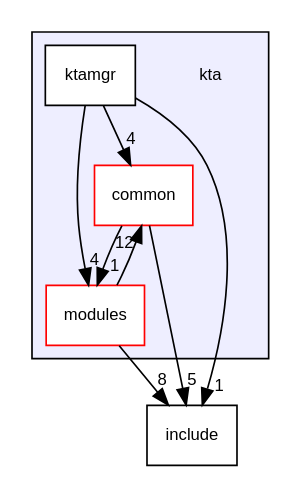
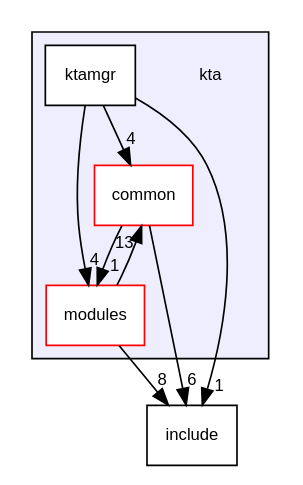
The diagram in docs/kta/doc/dir_5eff6672d80e7540a37431ed7424ce57_dep.dot (Kudelski-IoT/keySTREAM_provisioning), drawn with Graphviz before and after one commit. The commit also changed 155 other files, not shown here.

```diff
--- a/docs/kta/doc/dir_5eff6672d80e7540a37431ed7424ce57_dep.dot
+++ b/docs/kta/doc/dir_5eff6672d80e7540a37431ed7424ce57_dep.dot
@@ -1,20 +1,20 @@
 digraph "kta" {
   compound=true
   node [ fontsize="10", fontname="Helvetica"];
   edge [ labelfontsize="10", labelfontname="Helvetica"];
   subgraph clusterdir_5eff6672d80e7540a37431ed7424ce57 {
     graph [ bgcolor="#eeeeff", pencolor="black", label="" URL="dir_5eff6672d80e7540a37431ed7424ce57.html"];
     dir_5eff6672d80e7540a37431ed7424ce57 [shape=plaintext label="kta"];
     dir_a4dd272aad19606621d5cdd3bcc68a0e [shape=box label="common" color="red" fillcolor="white" style="filled" URL="dir_a4dd272aad19606621d5cdd3bcc68a0e.html"];
     dir_04490a901f5653f6dc9468f38ceea5c0 [shape=box label="ktamgr" color="black" fillcolor="white" style="filled" URL="dir_04490a901f5653f6dc9468f38ceea5c0.html"];
     dir_7e2560d9caf2b698f36b0974bab08bcc [shape=box label="modules" color="red" fillcolor="white" style="filled" URL="dir_7e2560d9caf2b698f36b0974bab08bcc.html"];
   }
   dir_d44c64559bbebec7f509842c48db8b23 [shape=box label="include" URL="dir_d44c64559bbebec7f509842c48db8b23.html"];
   dir_04490a901f5653f6dc9468f38ceea5c0->dir_a4dd272aad19606621d5cdd3bcc68a0e [headlabel="4", labeldistance=1.5 headhref="dir_000020_000008.html"];
   dir_04490a901f5653f6dc9468f38ceea5c0->dir_d44c64559bbebec7f509842c48db8b23 [headlabel="1", labeldistance=1.5 headhref="dir_000020_000015.html"];
   dir_04490a901f5653f6dc9468f38ceea5c0->dir_7e2560d9caf2b698f36b0974bab08bcc [headlabel="4", labeldistance=1.5 headhref="dir_000020_000001.html"];
-  dir_a4dd272aad19606621d5cdd3bcc68a0e->dir_d44c64559bbebec7f509842c48db8b23 [headlabel="5", labeldistance=1.5 headhref="dir_000008_000015.html"];
+  dir_a4dd272aad19606621d5cdd3bcc68a0e->dir_d44c64559bbebec7f509842c48db8b23 [headlabel="6", labeldistance=1.5 headhref="dir_000008_000015.html"];
   dir_a4dd272aad19606621d5cdd3bcc68a0e->dir_7e2560d9caf2b698f36b0974bab08bcc [headlabel="1", labeldistance=1.5 headhref="dir_000008_000001.html"];
-  dir_7e2560d9caf2b698f36b0974bab08bcc->dir_a4dd272aad19606621d5cdd3bcc68a0e [headlabel="12", labeldistance=1.5 headhref="dir_000001_000008.html"];
+  dir_7e2560d9caf2b698f36b0974bab08bcc->dir_a4dd272aad19606621d5cdd3bcc68a0e [headlabel="13", labeldistance=1.5 headhref="dir_000001_000008.html"];
   dir_7e2560d9caf2b698f36b0974bab08bcc->dir_d44c64559bbebec7f509842c48db8b23 [headlabel="8", labeldistance=1.5 headhref="dir_000001_000015.html"];
 }
```
